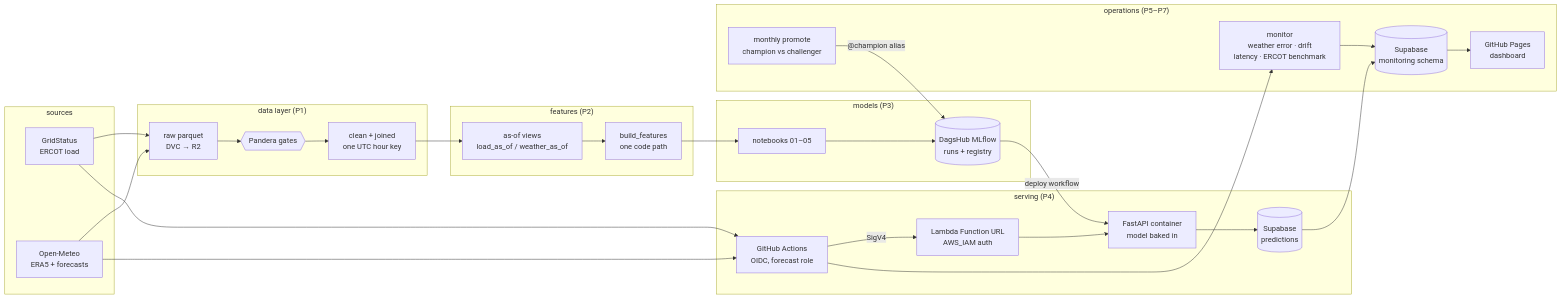
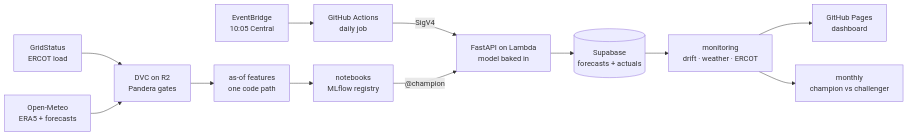
One commit to oluwadunni1/SHEF2.0 changed the diagram in README.md. Above: the diagram before and after it, drawn with Mermaid. The commit also changed other lines of this file and 2 other files, not shown here.

Commit message:
README: lead with the story and results; operations and monitoring detail move to docs/

````diff
--- a/README.md
+++ b/README.md
@@ -34,35 +34,14 @@
 ```mermaid
 flowchart LR
-  subgraph sources
-    GS[GridStatus<br/>ERCOT load]
-    OM[Open-Meteo<br/>ERA5 + forecasts]
-  end
-  subgraph "data layer (P1)"
-    RAW[raw parquet<br/>DVC → R2] --> GATE{{Pandera gates}} --> CLEAN[clean + joined<br/>one UTC hour key]
-  end
-  subgraph "features (P2)"
-    ASOF[as-of views<br/>load_as_of / weather_as_of] --> FB[build_features<br/>one code path]
-  end
-  subgraph "models (P3)"
-    NB[notebooks 01–05] --> MLF[(DagsHub MLflow<br/>runs + registry)]
-  end
-  subgraph "serving (P4)"
-    GHA[GitHub Actions<br/>OIDC, forecast role] -- SigV4 --> URL[Lambda Function URL<br/>AWS_IAM auth]
-    URL --> API[FastAPI container<br/>model baked in]
-    API --> SB[(Supabase<br/>predictions)]
-  end
-  subgraph "operations (P5–P7)"
-    MON[monitor<br/>weather error · drift<br/>latency · ERCOT benchmark] --> MS[(Supabase<br/>monitoring schema)]
-    MS --> DASH[GitHub Pages<br/>dashboard]
-    PROMO[monthly promote<br/>champion vs challenger] -- "@champion alias" --> MLF
-  end
-  GS --> RAW
-  OM --> RAW
-  CLEAN --> ASOF
-  FB --> NB
-  MLF -- deploy workflow --> API
-  GS --> GHA
-  OM --> GHA
-  GHA --> MON
-  SB --> MS
+  GS[GridStatus<br/>ERCOT load] --> DATA
+  OM[Open-Meteo<br/>ERA5 + forecasts] --> DATA
+  DATA[DVC on R2<br/>Pandera gates] --> FEAT[as-of features<br/>one code path]
+  FEAT --> TRAIN[notebooks<br/>MLflow registry]
+  EB[EventBridge<br/>10:05 Central] --> GHA[GitHub Actions<br/>daily job]
+  GHA -- SigV4 --> API[FastAPI on Lambda<br/>model baked in]
+  TRAIN -- "@champion" --> API
+  API --> DB[(Supabase<br/>forecasts + actuals)]
+  DB --> MON[monitoring<br/>drift · weather · ERCOT]
+  MON --> DASH[GitHub Pages<br/>dashboard]
+  MON --> PROMO[monthly<br/>champion vs challenger]
 ```
````
